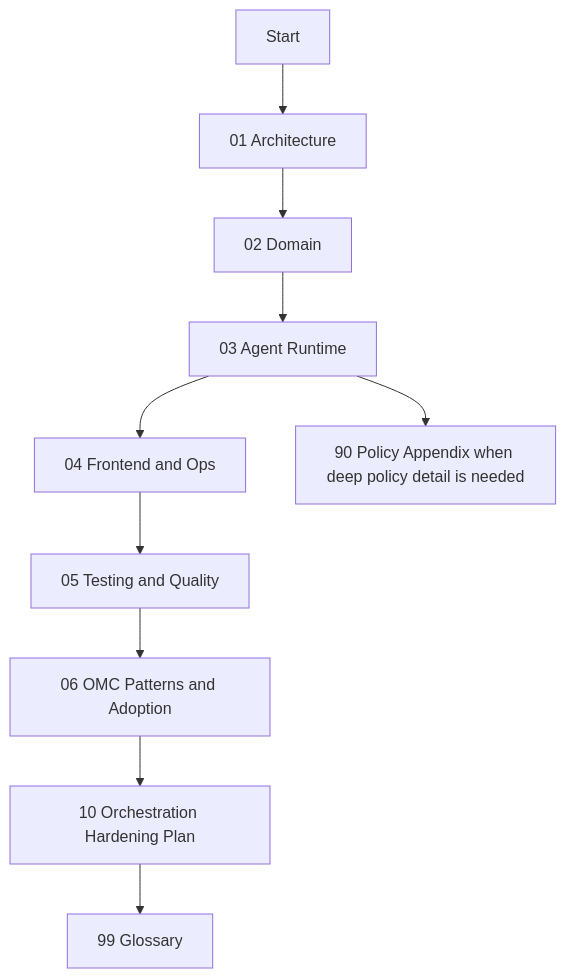
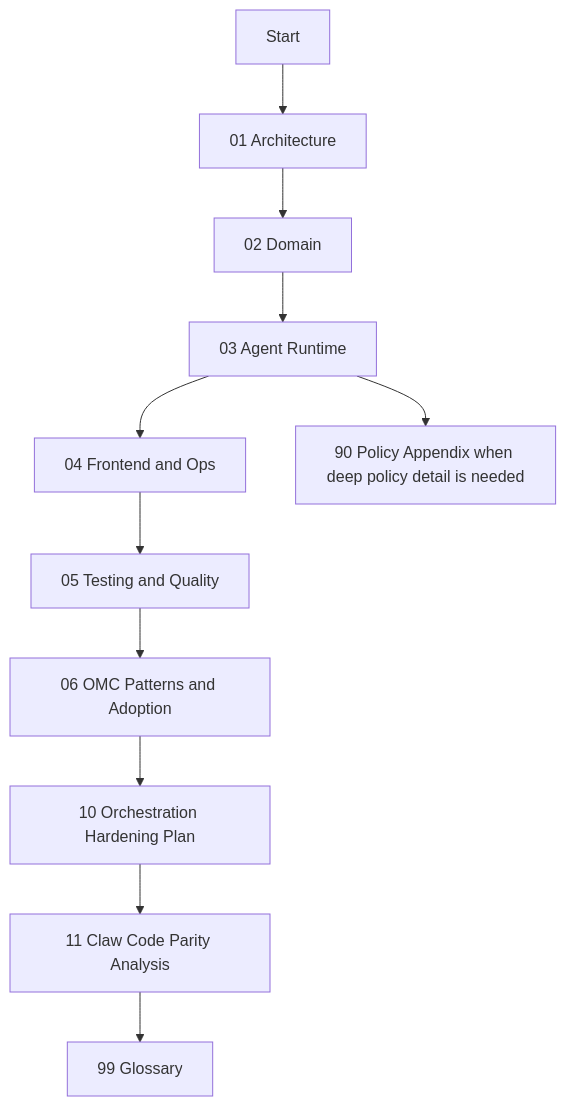
One commit to nirm3l/constructos-dev changed the diagram in docs/internal/00-index.md. Above: the diagram before and after it, drawn with Mermaid. The commit also changed other lines of this file and 1 other file, not shown here.

Commit message:
docs(internal): add claw parity analysis and implementation status

````diff
--- a/docs/internal/00-index.md
+++ b/docs/internal/00-index.md
@@ -26,12 +27,13 @@
 ```mermaid
 flowchart TD
   A[Start] --> B[01 Architecture]
   B --> C[02 Domain]
   C --> D[03 Agent Runtime]
   D --> E[04 Frontend and Ops]
   E --> F[05 Testing and Quality]
   F --> G[06 OMC Patterns and Adoption]
   G --> J[10 Orchestration Hardening Plan]
-  J --> H[99 Glossary]
+  J --> K[11 Claw Code Parity Analysis]
+  K --> H[99 Glossary]
   D --> I[90 Policy Appendix when deep policy detail is needed]
 ```
````
